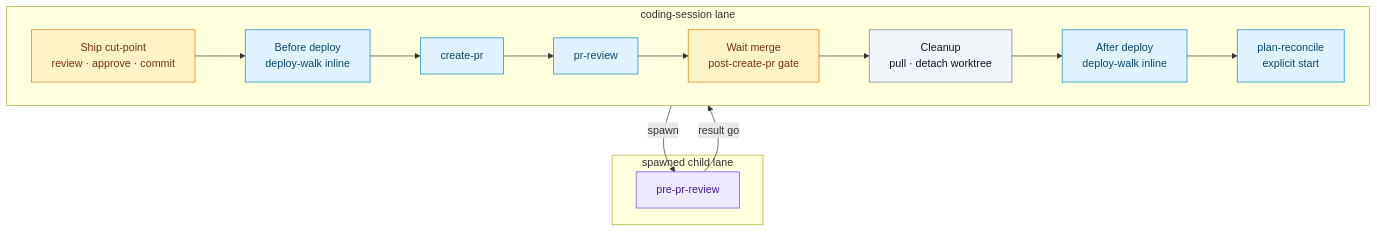
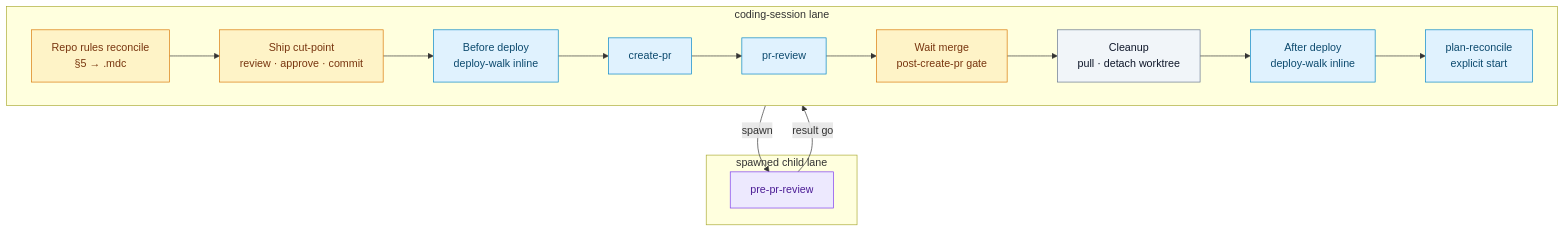
One commit to sedea-ai/research-and-development changed the diagram in missions/plan-and-deliver/skills/coding-session/SKILL.md. Above: the diagram before and after it, drawn with Mermaid. The commit also changed other lines of this file and 1 other file, not shown here.

First line of the commit message:
feat(coding-session): add repo rules reconciliation ship step (#130)

````diff
--- a/missions/plan-and-deliver/skills/coding-session/SKILL.md
+++ b/missions/plan-and-deliver/skills/coding-session/SKILL.md
@@ -696,28 +746,29 @@
 ```mermaid
 flowchart TB
   classDef inline fill:#e0f2fe,stroke:#0284c7,color:#0c4a6e
   classDef spawn fill:#ede9fe,stroke:#7c3aed,color:#4c1d95
   classDef gate fill:#fef3c7,stroke:#d97706,color:#78350f
   classDef proc fill:#f1f5f9,stroke:#64748b,color:#0f172a
 
   subgraph CS["coding-session lane"]
     direction LR
+    RRC["Repo rules reconcile<br/>§5 → .mdc"]:::gate
     CUT["Ship cut-point<br/>review · approve · commit"]:::gate
     BDW["Before deploy<br/>deploy-walk inline"]:::inline
     CPR["create-pr"]:::inline
     PRV["pr-review"]:::inline
     WAIT["Wait merge<br/>post-create-pr gate"]:::gate
     PMC["Cleanup<br/>pull · detach worktree"]:::proc
     ADW["After deploy<br/>deploy-walk inline"]:::inline
     REC["plan-reconcile<br/>explicit start"]:::inline
-    CUT --> BDW --> CPR
+    RRC --> CUT --> BDW --> CPR
     CPR --> PRV --> WAIT --> PMC --> ADW --> REC
   end
 
   subgraph CHILD["spawned child lane"]
     PPR["pre-pr-review"]:::spawn
   end
 
   BDW -->|spawn| PPR
   PPR -->|result go| CPR
 ```
````
